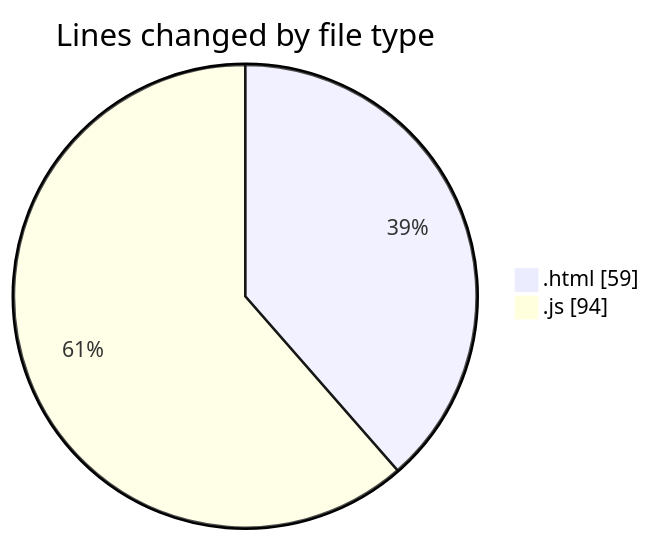
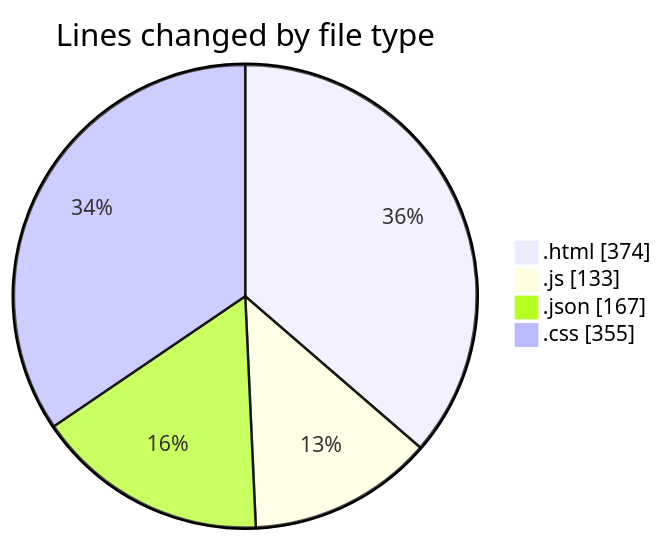
Before and after one commit to Ritupan-Deka/code-tracking: the first of 2 diagrams in 2025-01-28/projects/README.md, drawn with Mermaid. The commit also changed other lines of this file and 1 other file, not shown here.

````diff
--- a/2025-01-28/projects/README.md
+++ b/2025-01-28/projects/README.md
@@ -21,6 +24,8 @@
 ```mermaid
 pie showData
 title Lines changed by file type
-".html" : 59
-".js" : 94
+".html" : 374
+".js" : 133
+".json" : 167
+".css" : 355
 ```
````
